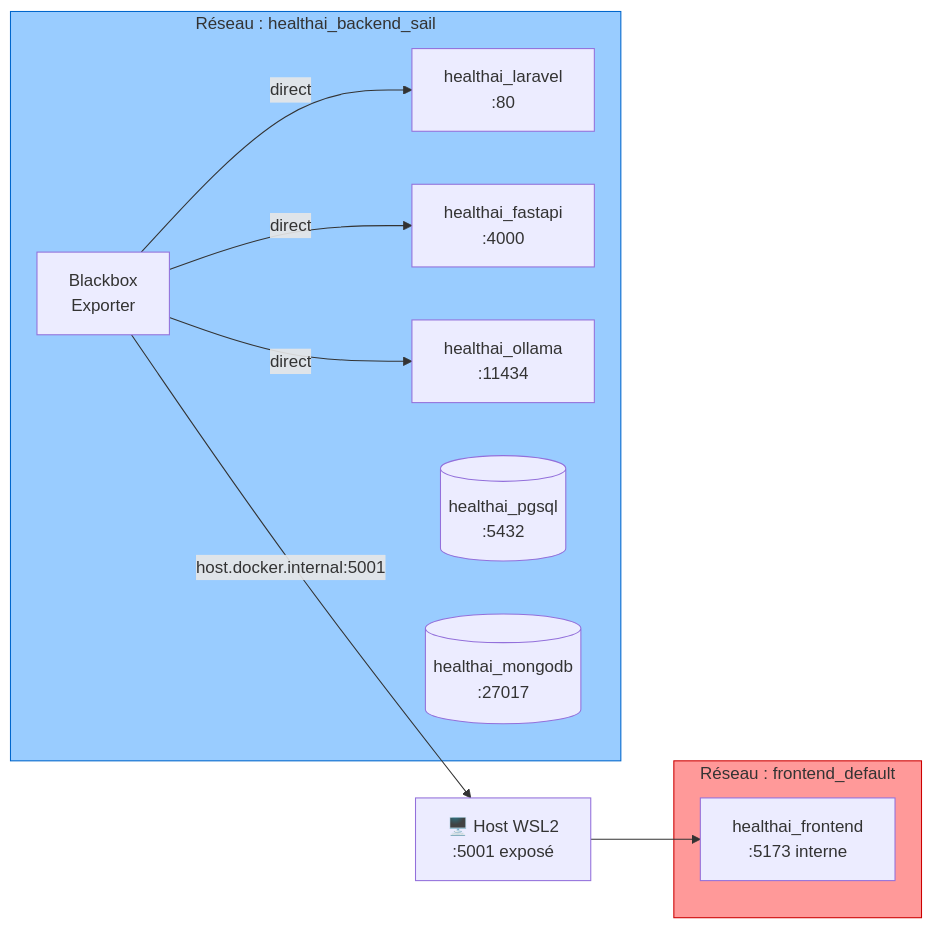
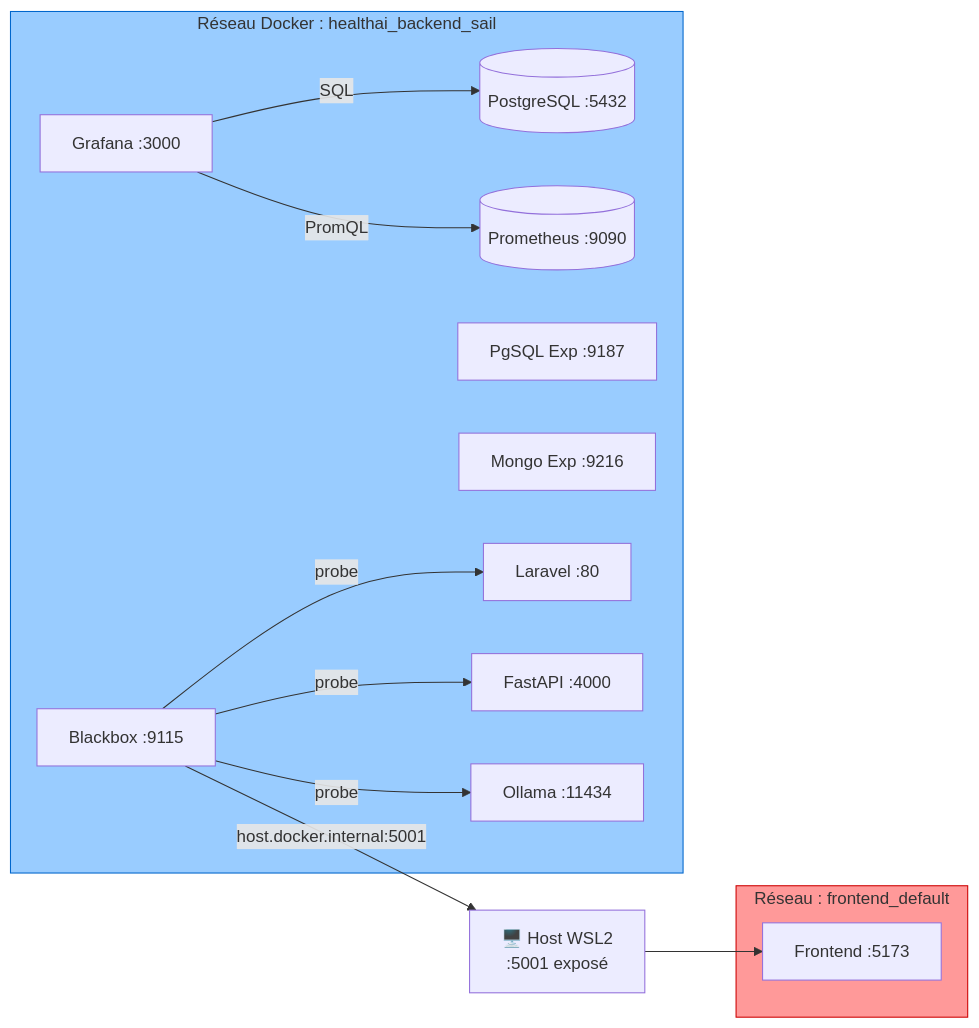
One commit to GroupMSPR/Health-IA-Workspace changed the third of 4 diagrams in Monitoring/README.md. Above: the diagram before and after it, drawn with Mermaid. The commit also changed other lines of this file, not shown here.

````diff
--- a/Monitoring/README.md
+++ b/Monitoring/README.md
@@ -68,26 +188,28 @@
 ```mermaid
 graph LR
-    subgraph SAIL["Réseau : healthai_backend_sail"]
-        BB[Blackbox\nExporter]
-        LA[healthai_laravel\n:80]
-        FA[healthai_fastapi\n:4000]
-        OL[healthai_ollama\n:11434]
-        PG[(healthai_pgsql\n:5432)]
-        MG[(healthai_mongodb\n:27017)]
+    subgraph SAIL["Réseau Docker : healthai_backend_sail"]
+        GR[Grafana :3000]
+        PG2[(PostgreSQL :5432)]
+        PR2[(Prometheus :9090)]
+        BB2[Blackbox :9115]
+        PE2[PgSQL Exp :9187]
+        ME2[Mongo Exp :9216]
+        LA[Laravel :80]
+        FA[FastAPI :4000]
+        OL[Ollama :11434]
     end
 
     subgraph FRONT["Réseau : frontend_default"]
-        FE[healthai_frontend\n:5173 interne]
+        FE[Frontend :5173]
     end
 
     HOST[🖥️ Host WSL2\n:5001 exposé]
 
-    BB -->|direct| LA
-    BB -->|direct| FA
-    BB -->|direct| OL
-    BB -->|host.docker.internal:5001| HOST
-    HOST --> FE
+    GR -->|SQL| PG2
+    GR -->|PromQL| PR2
+    BB2 -->|probe| LA & FA & OL
+    BB2 -->|host.docker.internal:5001| HOST --> FE
 
     style FRONT fill:#ff9999,stroke:#cc0000
     style SAIL fill:#99ccff,stroke:#0066cc
 ```
````
